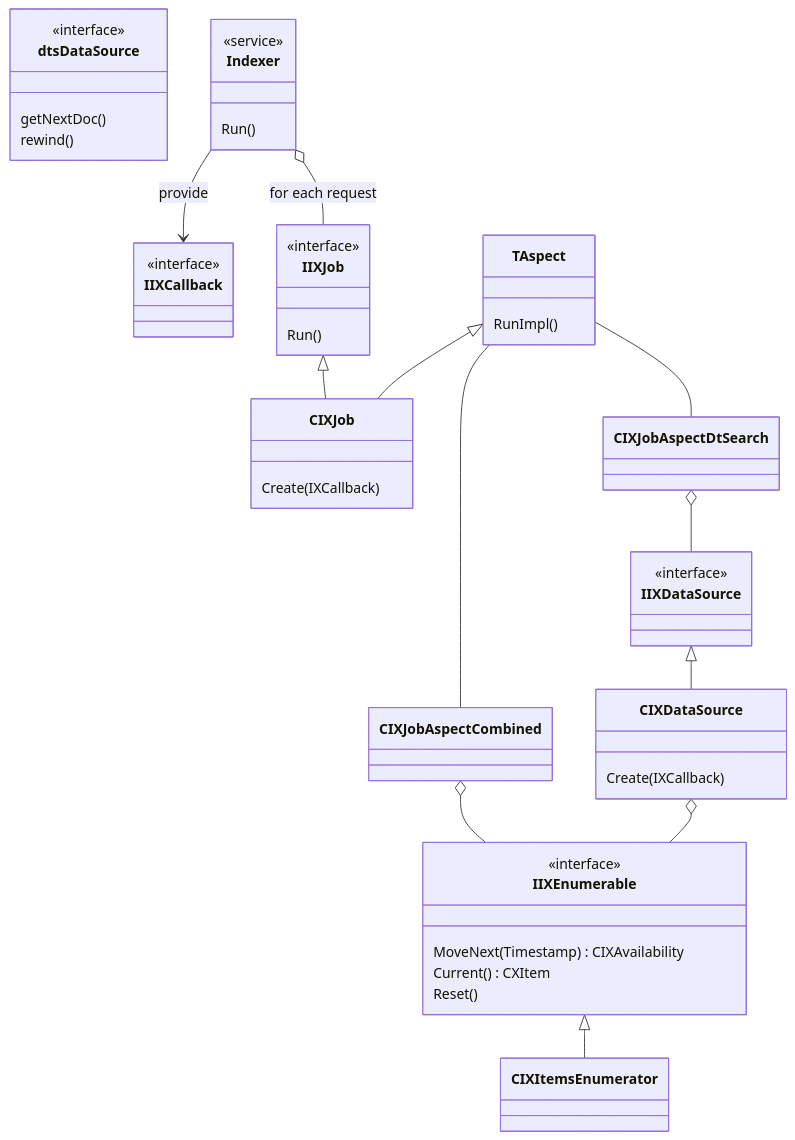
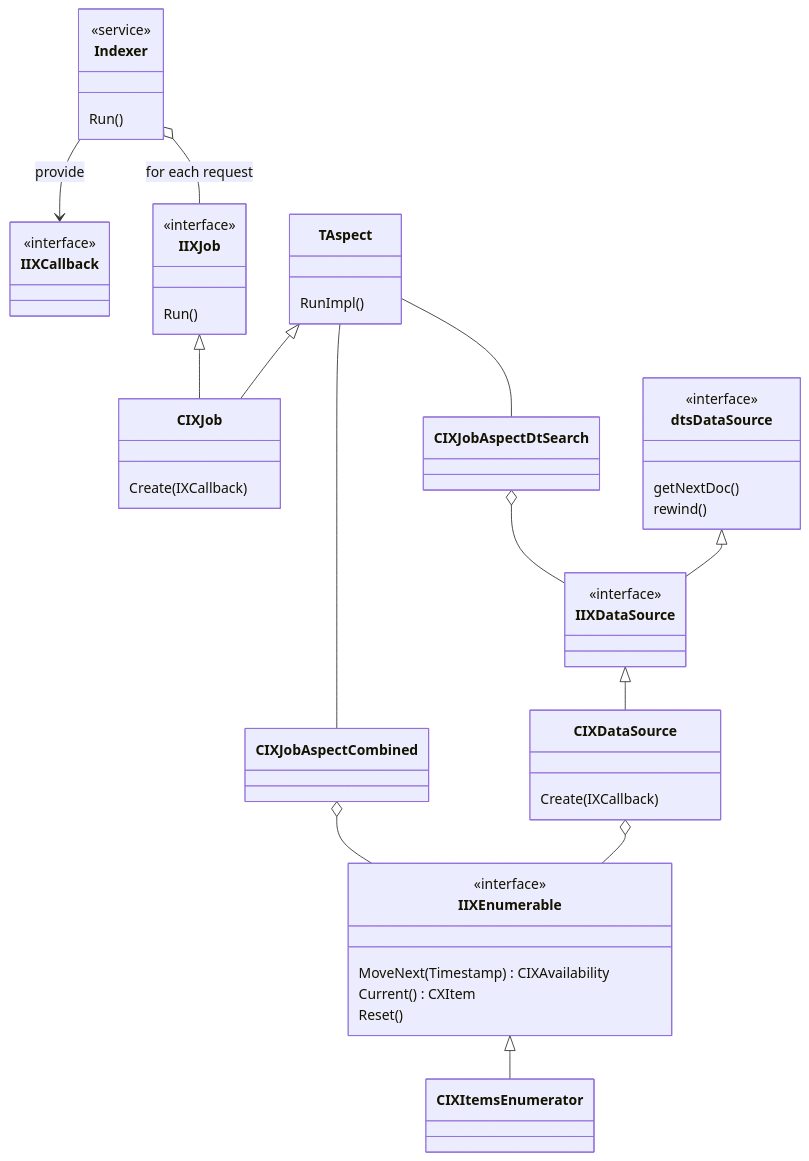
One commit to lightcaurby/Code-IXSample changed the second of 3 diagrams in README.md. Above: the diagram before and after it, drawn with Mermaid.

Commit message:
Diagram changes.

````diff
--- a/README.md
+++ b/README.md
@@ -58,48 +58,49 @@
 ```mermaid
 classDiagram
 
 class IIXCallback
 <<interface>> IIXCallback
 
 
 class TAspect
 
 class IIXJob
 <<interface>> IIXJob
 IIXJob : Run()
 IIXJob <|-- CIXJob
 CIXJob : Create( IXCallback )
 TAspect <|-- CIXJob
 TAspect : RunImpl()
 TAspect -- CIXJobAspectCombined
 TAspect -- CIXJobAspectDtSearch
 
 class IIXEnumerable
 <<interface>> IIXEnumerable
 IIXEnumerable : MoveNext( Timestamp ) CIXAvailability
 IIXEnumerable : Current() CXItem
 IIXEnumerable : Reset()
 IIXEnumerable <|-- CIXItemsEnumerator
 CIXJobAspectCombined o-- IIXEnumerable
 
 class IIXDataSource
 <<interface>> IIXDataSource
 IIXDataSource <|-- CIXDataSource
 CIXDataSource : Create( IXCallback )
 CIXJobAspectDtSearch o-- IIXDataSource
 CIXDataSource o-- IIXEnumerable
 
 class dtsDataSource
 <<interface>> dtsDataSource
 dtsDataSource : getNextDoc()
 dtsDataSource : rewind()
+dtsDataSource <|-- IIXDataSource
 
 class Indexer
 <<service>> Indexer
 
 Indexer : Run()
 Indexer --> IIXCallback : provide
 Indexer o-- IIXJob : for each request
 
 
 ```
````
